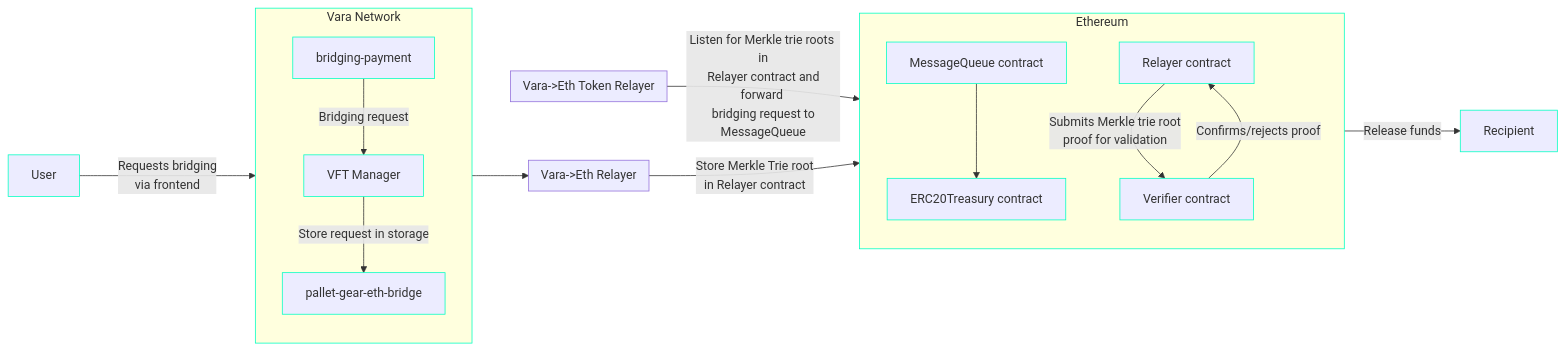
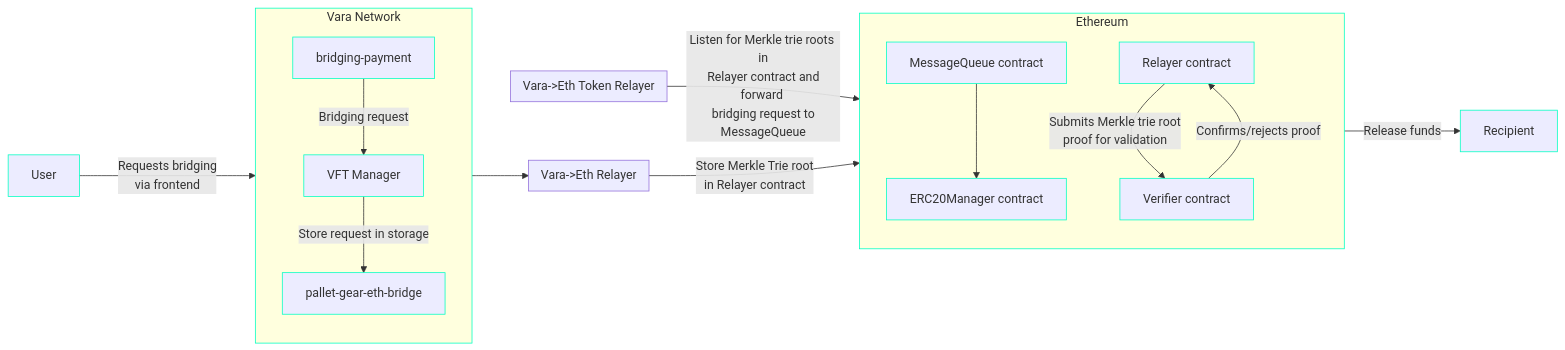
The diagram in docs/bridge/architecture.md (gear-foundation/vara-wiki), drawn with Mermaid before and after one commit. The commit also changed other lines of this file, not shown here.

Commit message:
Change ERC20Treasury to ERC20Manager

````diff
--- a/docs/bridge/architecture.md
+++ b/docs/bridge/architecture.md
@@ -73,37 +73,37 @@
 ```mermaid
 flowchart LR
   
     direction LR
     subgraph V["Vara Network"]
         direction TB
         BP["bridging-payment"]:::varaStyle --"Bridging request"--> VM["VFT Manager"]:::varaStyle;
         VM["VFT Manager"] --"Store request in storage"--> PGEB["pallet-gear-eth-bridge"]:::varaStyle;
     end
 
 
     subgraph VER["Vara->Eth Relayer"]
         direction TB
     end
 
         subgraph VERT["Vara->Eth Token Relayer"]
         direction TB
     end
 
     subgraph ETH["Ethereum"]
         direction TB
         RL["Relayer contract"]:::varaStyle;
-        MQ["MessageQueue contract"]:::varaStyle--> EM["ERC20Treasury contract"]:::varaStyle;
+        MQ["MessageQueue contract"]:::varaStyle--> EM["ERC20Manager contract"]:::varaStyle;
         RL--"Submits Merkle trie root<br>proof for validation"-->VF["Verifier contract"]:::varaStyle;
         VF--"Confirms/rejects proof"-->RL
 
   end
   U1["User"]:::varaStyle --"Requests bridging<br> via frontend"---> V:::varaStyle;
   V --> VER
   VER --"Store Merkle Trie root<br>in Relayer contract"-->ETH:::varaStyle;
   VERT --"Listen for Merkle trie roots in<br> Relayer contract and forward <br> bridging request to MessageQueue"-->MQ
   EM--"Release funds"-->U2["Recipient"]:::varaStyle;
 
 classDef Vara stroke:#00ffa0,stroke-width:3px;
 classDef varaStyle stroke:#00ffc3;
 classDef plain stroke:#FFFFFF;
 ```
````
